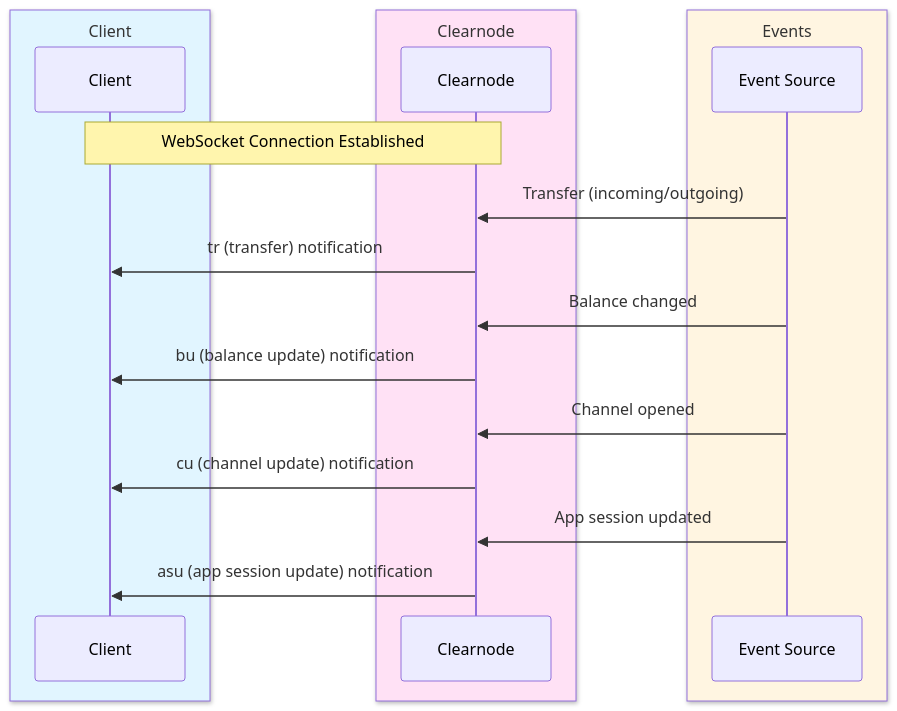
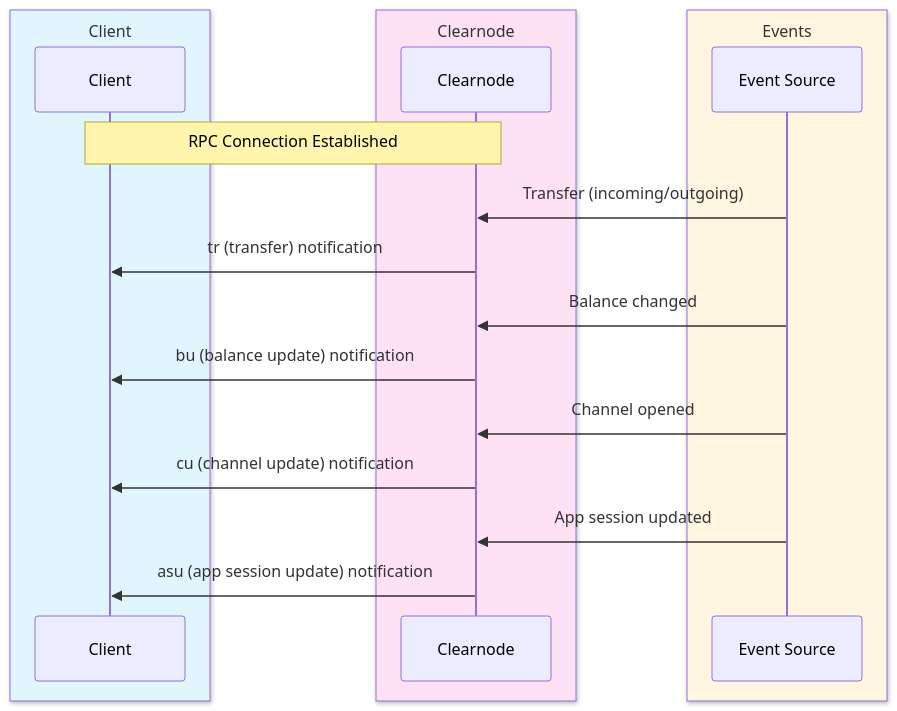
The diagram in docs/protocol/off-chain/queries.mdx (layer-3/docs), drawn with Mermaid before and after one commit. The commit also changed other lines of this file and 4 other files, not shown here.

````diff
--- a/docs/protocol/off-chain/queries.mdx
+++ b/docs/protocol/off-chain/queries.mdx
@@ -692,27 +692,27 @@
 ```mermaid
 sequenceDiagram
     box rgb(225,245,255) Client
         participant Client
     end
     box rgb(255,225,245) Clearnode
         participant Clearnode
     end
     box rgb(255,245,225) Events
         participant Event as Event Source
     end
 
-    Note over Client,Clearnode: WebSocket Connection Established
+    Note over Client,Clearnode: RPC Connection Established
 
     Event->>Clearnode: Transfer (incoming/outgoing)
     Clearnode->>Client: tr (transfer) notification
 
     Event->>Clearnode: Balance changed
     Clearnode->>Client: bu (balance update) notification
 
     Event->>Clearnode: Channel opened
     Clearnode->>Client: cu (channel update) notification
 
     Event->>Clearnode: App session updated
     Clearnode->>Client: asu (app session update) notification
 
 ```
````
